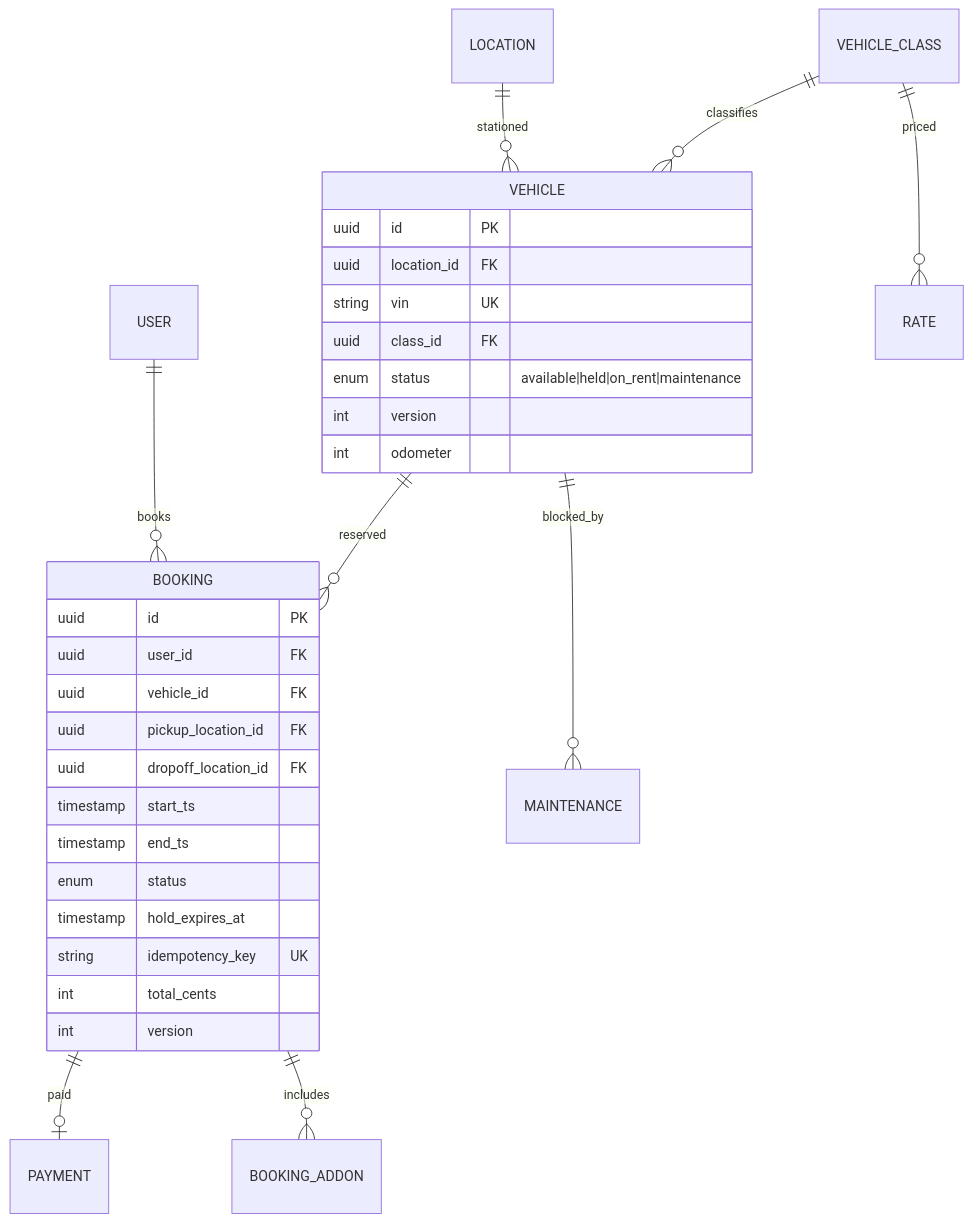
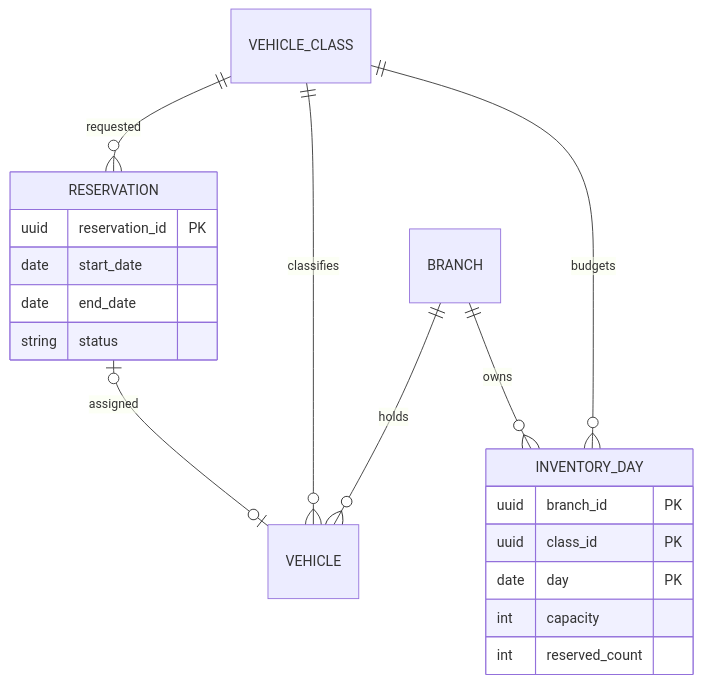
The sixth of 32 diagrams in system_design.md (Chirumamilla1522/c3-ai), drawn with Mermaid before and after one commit. The commit also changed other lines of this file and 1 other file, not shown here.

````diff
--- a/system_design.md
+++ b/system_design.md
@@ -685,35 +600,18 @@
 ```mermaid
 erDiagram
-  USER ||--o{ BOOKING : books
-  LOCATION ||--o{ VEHICLE : stationed
+  BRANCH ||--o{ VEHICLE : holds
   VEHICLE_CLASS ||--o{ VEHICLE : classifies
-  VEHICLE_CLASS ||--o{ RATE : priced
-  VEHICLE ||--o{ BOOKING : reserved
-  VEHICLE ||--o{ MAINTENANCE : blocked_by
-  BOOKING ||--o| PAYMENT : paid
-  BOOKING ||--o{ BOOKING_ADDON : includes
-
-  VEHICLE {
-    uuid id PK
-    uuid location_id FK
-    string vin UK
-    uuid class_id FK
-    enum status "available|held|on_rent|maintenance"
-    int version
-    int odometer
-  }
-  BOOKING {
-    uuid id PK
-    uuid user_id FK
-    uuid vehicle_id FK
-    uuid pickup_location_id FK
-    uuid dropoff_location_id FK
-    timestamp start_ts
-    timestamp end_ts
-    enum status
-    timestamp hold_expires_at
-    string idempotency_key UK
-    int total_cents
-    int version
-  }
+  VEHICLE_CLASS ||--o{ INVENTORY_DAY : budgets
+  BRANCH ||--o{ INVENTORY_DAY : owns
+  VEHICLE_CLASS ||--o{ RESERVATION : requested
+  RESERVATION o|--o| VEHICLE : assigned
+  RESERVATION { uuid reservation_id PK
+                date start_date
+                date end_date
+                string status }
+  INVENTORY_DAY { uuid branch_id PK
+                  uuid class_id PK
+                  date day PK
+                  int capacity
+                  int reserved_count }
 ```
````
